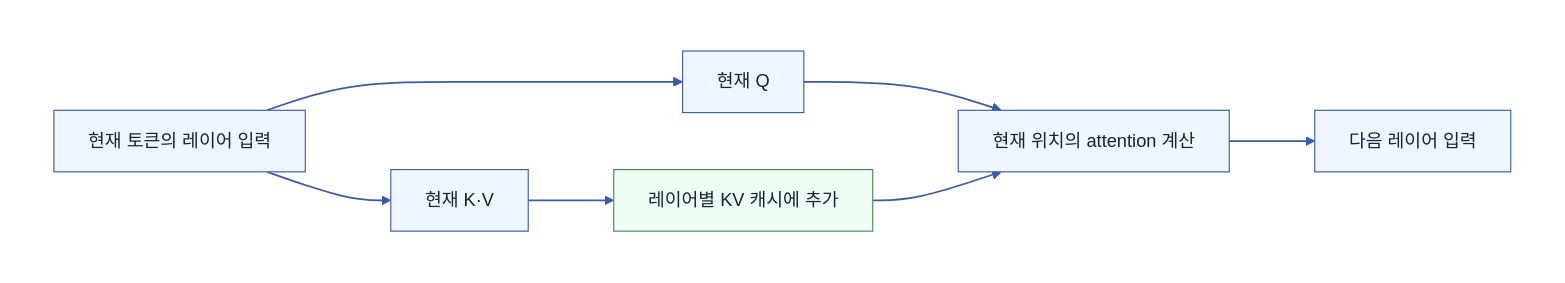
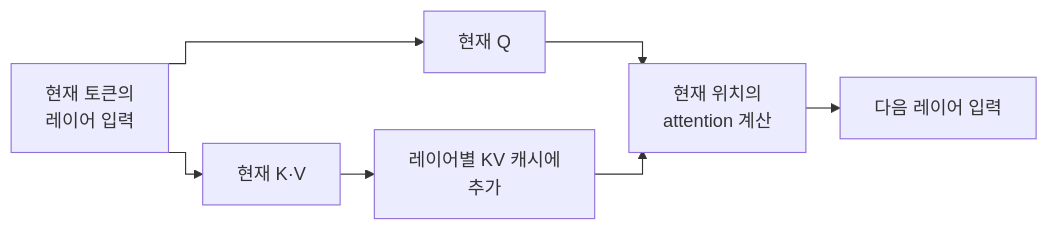
Before and after one commit to Hyune-s-lab/my-ai-study: the second of 3 diagrams in domain-knowledge/2606-kv-cache-기초.md, drawn with Mermaid. The commit also changed other lines of this file and 49 other files, not shown here.

Commit message:
docs: 단순 다이어그램은 Mermaid로, 복잡한 배치는 SVG로 정리

````diff
--- a/domain-knowledge/2606-kv-cache-기초.md
+++ b/domain-knowledge/2606-kv-cache-기초.md
@@ -32,21 +30,16 @@
 ```mermaid
 flowchart LR
-%%{init: {"theme": "base", "darkMode": false, "themeVariables": {"background": "#ffffff", "primaryColor": "#EFF6FF", "primaryTextColor": "#16213E", "primaryBorderColor": "#3B5BA5", "secondaryColor": "#F0FDF4", "tertiaryColor": "#FAF5FF", "lineColor": "#3B5BA5", "textColor": "#16213E", "edgeLabelBackground": "#ffffff", "clusterBkg": "#F8FAFC", "clusterBorder": "#CBD5E1"}}}%%
-  subgraph canvas[" "]
-    direction LR
-    input["현재 토큰의 레이어 입력"] --> q["현재 Q"]
-    input --> kv["현재 K·V"]
-    kv --> cache["레이어별 KV 캐시에 추가"]
-    q --> attention["현재 위치의 attention 계산"]
-    cache --> attention
-    attention --> output["다음 레이어 입력"]
-  end
-  style canvas fill:#ffffff,stroke:#ffffff,color:#111827
-  linkStyle default stroke:#3B5BA5,stroke-width:1.5px
-  classDef app fill:#EFF6FF,stroke:#3B5BA5,stroke-width:1px,color:#16213E
-  class input,q,kv,attention,output app
-  classDef db fill:#F0FDF4,stroke:#3F8E55,stroke-width:1px,color:#16213E
-  class cache db
-  classDef policy fill:#FAF5FF,stroke:#A855F7,stroke-width:1px,color:#16213E
-  classDef worker fill:#FFF7ED,stroke:#C98A2B,stroke-width:1px,color:#16213E
+%%{init: {"flowchart": {"curve": "stepAfter", "wrappingWidth": 400, "rankSpacing": 30}}}%%
+  n_input["현재 토큰의<br/>레이어 입력"]
+  n_q["현재 Q"]
+  n_kv["현재 K·V"]
+  n_cache["레이어별 KV 캐시에<br/>추가"]
+  n_attention["현재 위치의<br/>attention 계산"]
+  n_output["다음 레이어 입력"]
+  n_input --> n_q
+  n_input --> n_kv
+  n_kv --> n_cache
+  n_q --> n_attention
+  n_cache --> n_attention
+  n_attention --> n_output
 ```
````
